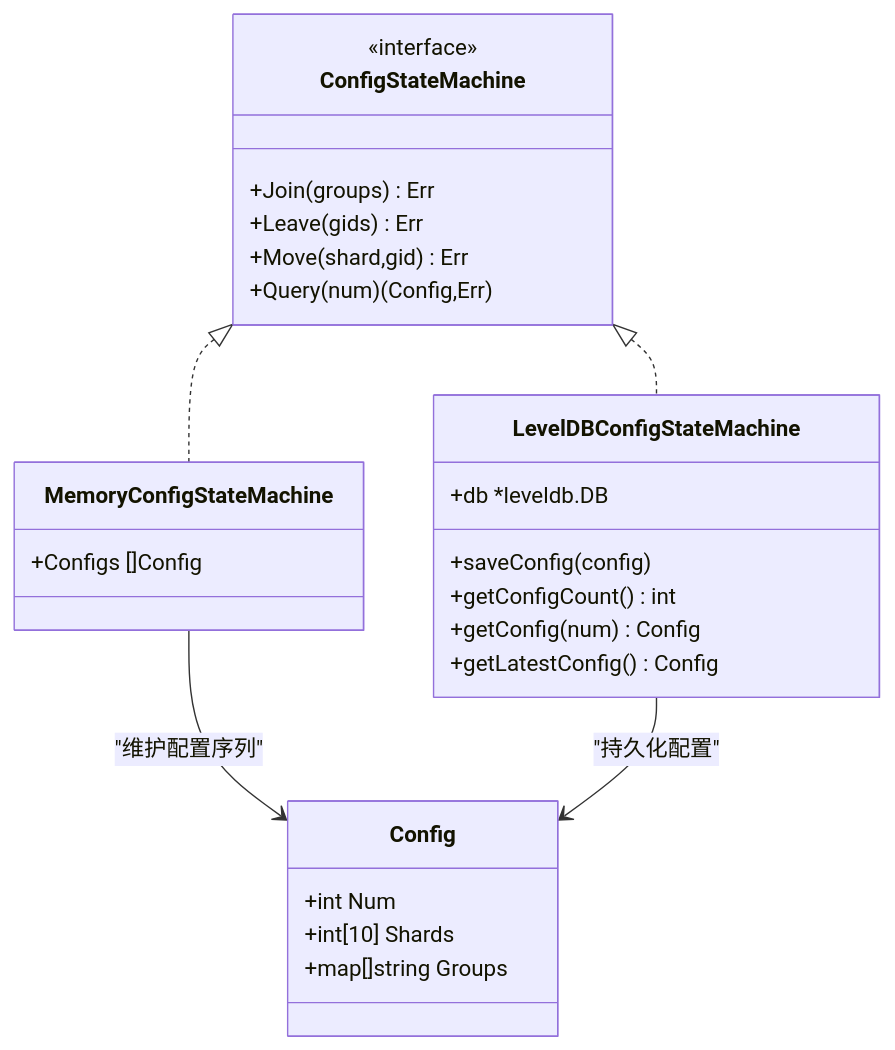
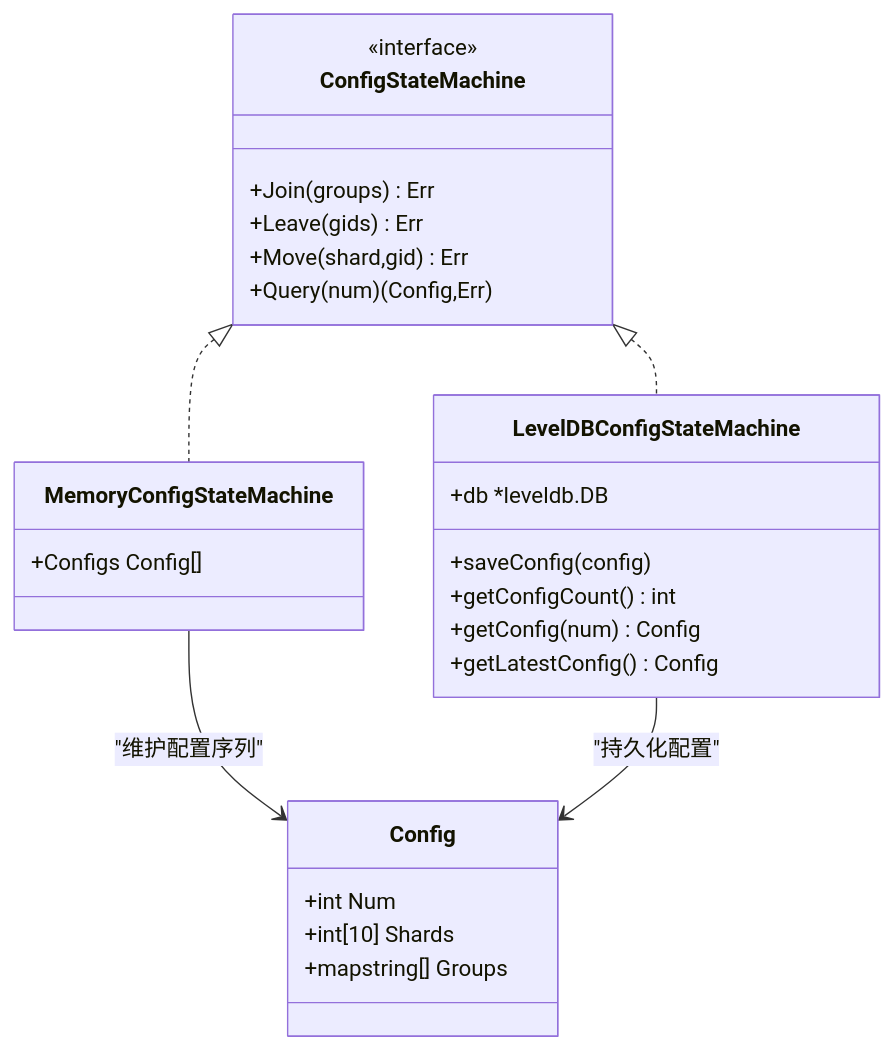
One commit to eraft-io/eraft changed the fifth of 8 diagrams in wiki/分片机制/分片机制.md. Above: the diagram before and after it, drawn with Mermaid. The commit also changed 35 other files, not shown here.

````diff
--- a/wiki/分片机制/分片机制.md
+++ b/wiki/分片机制/分片机制.md
@@ -204,29 +204,29 @@
 ```mermaid
 classDiagram
 class Config {
 +int Num
 +int[10] Shards
-+map<int>[]string Groups
++map<int>string[] Groups
 }
 class ConfigStateMachine {
 <<interface>>
 +Join(groups) Err
 +Leave(gids) Err
 +Move(shard,gid) Err
 +Query(num) (Config,Err)
 }
 class MemoryConfigStateMachine {
-+Configs []Config
++Configs Config[]
 }
 class LevelDBConfigStateMachine {
 +db *leveldb.DB
 +saveConfig(config)
 +getConfigCount() int
 +getConfig(num) Config
 +getLatestConfig() Config
 }
 ConfigStateMachine <|.. MemoryConfigStateMachine
 ConfigStateMachine <|.. LevelDBConfigStateMachine
 MemoryConfigStateMachine --> Config : "维护配置序列"
 LevelDBConfigStateMachine --> Config : "持久化配置"
 ```
````
